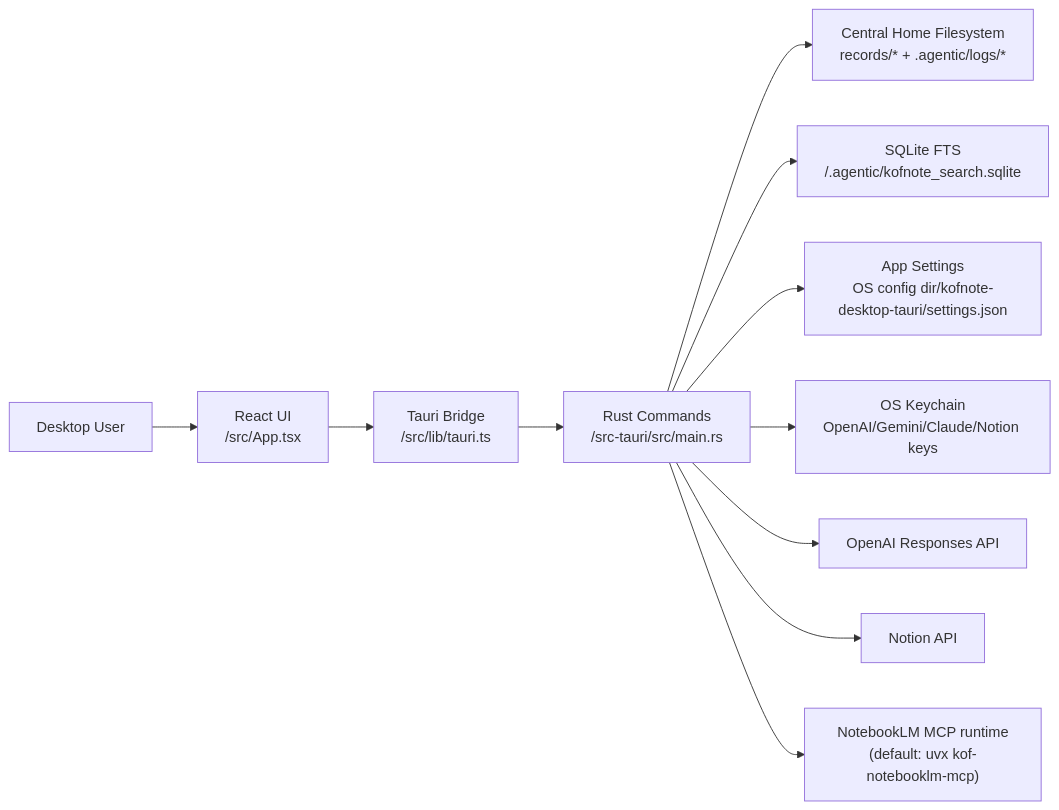
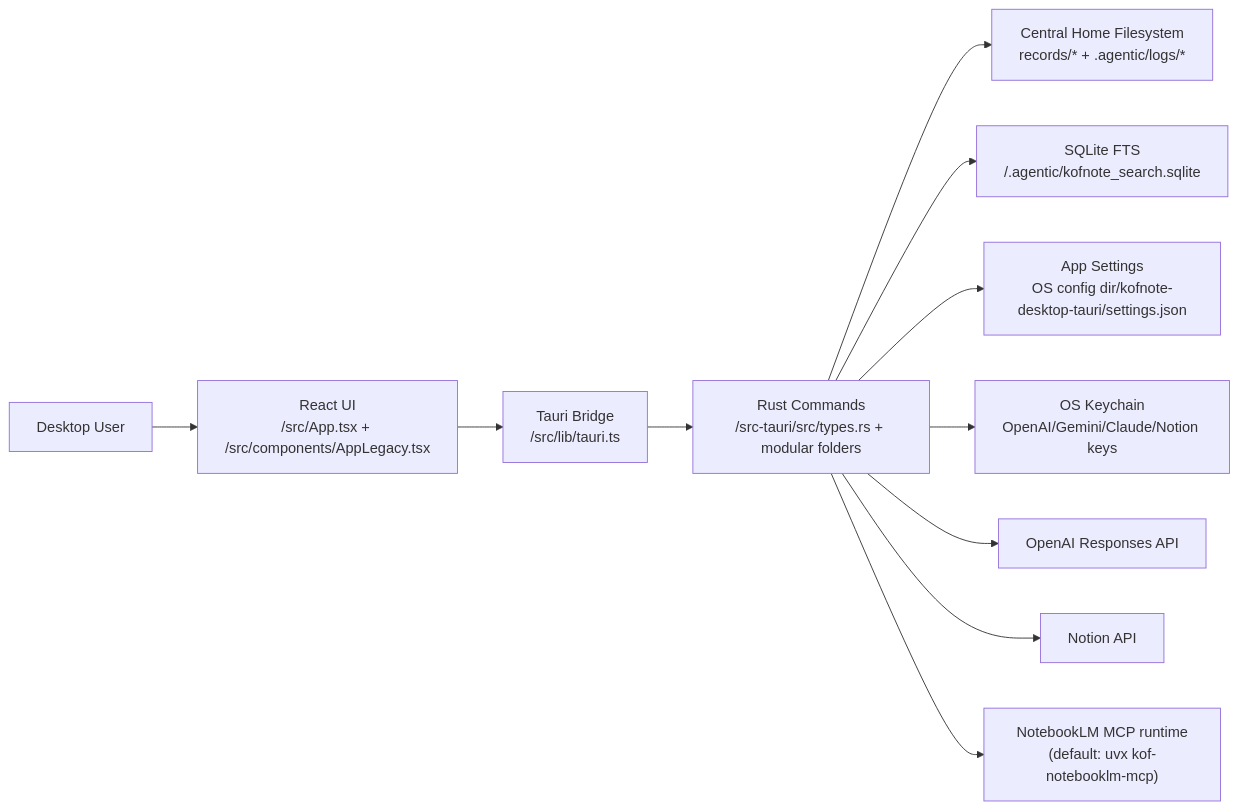
Before and after one commit to keeponfirst/kofnote: the first of 5 diagrams in docs/ARCHITECTURE.md, drawn with Mermaid. The commit also changed other lines of this file and 41 other files, not shown here.

````diff
--- a/docs/ARCHITECTURE.md
+++ b/docs/ARCHITECTURE.md
@@ -30,15 +30,15 @@
 ```mermaid
 flowchart LR
-  U["Desktop User"] --> FE["React UI\n/src/App.tsx"]
+  U["Desktop User"] --> FE["React UI\n/src/App.tsx + /src/components/AppLegacy.tsx"]
   FE --> BR["Tauri Bridge\n/src/lib/tauri.ts"]
-  BR --> CMD["Rust Commands\n/src-tauri/src/main.rs"]
+  BR --> CMD["Rust Commands\n/src-tauri/src/types.rs + modular folders"]
 
   CMD --> FS["Central Home Filesystem\nrecords/* + .agentic/logs/*"]
   CMD --> IDX["SQLite FTS\n<central_home>/.agentic/kofnote_search.sqlite"]
   CMD --> CFG["App Settings\nOS config dir/kofnote-desktop-tauri/settings.json"]
   CMD --> KC["OS Keychain\nOpenAI/Gemini/Claude/Notion keys"]
 
   CMD --> OAI["OpenAI Responses API"]
   CMD --> NOTION["Notion API"]
   CMD --> NB["NotebookLM MCP runtime\n(default: uvx kof-notebooklm-mcp)"]
 ```
````
